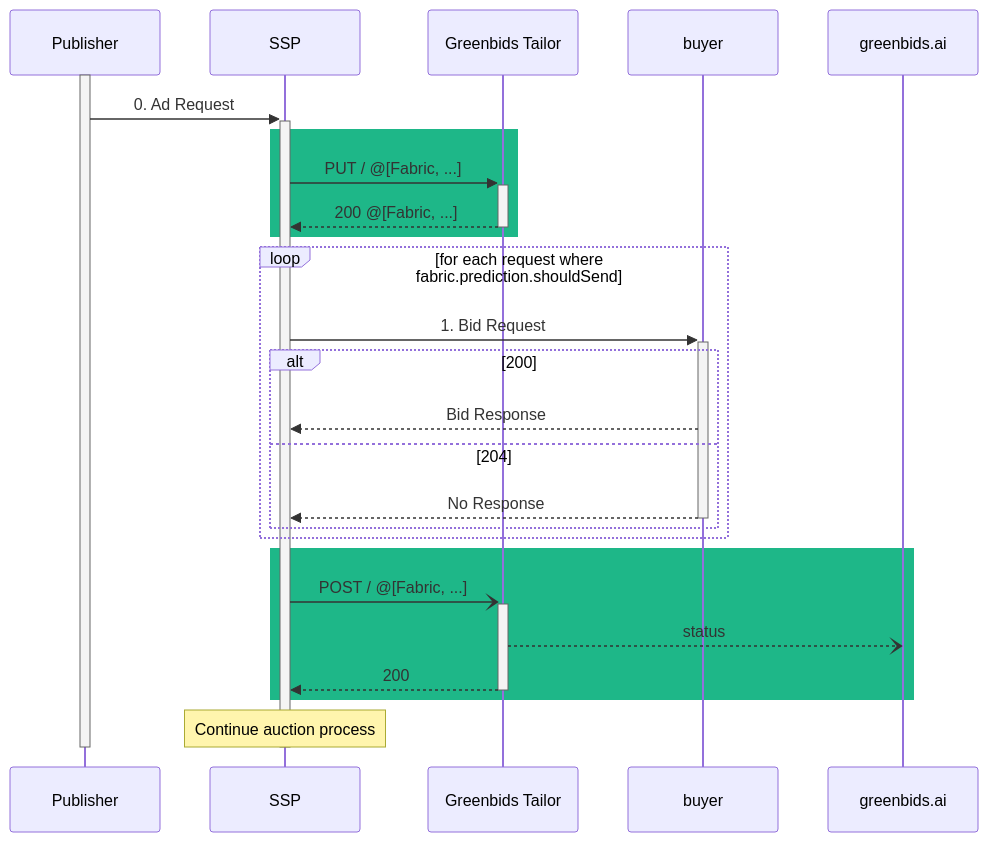
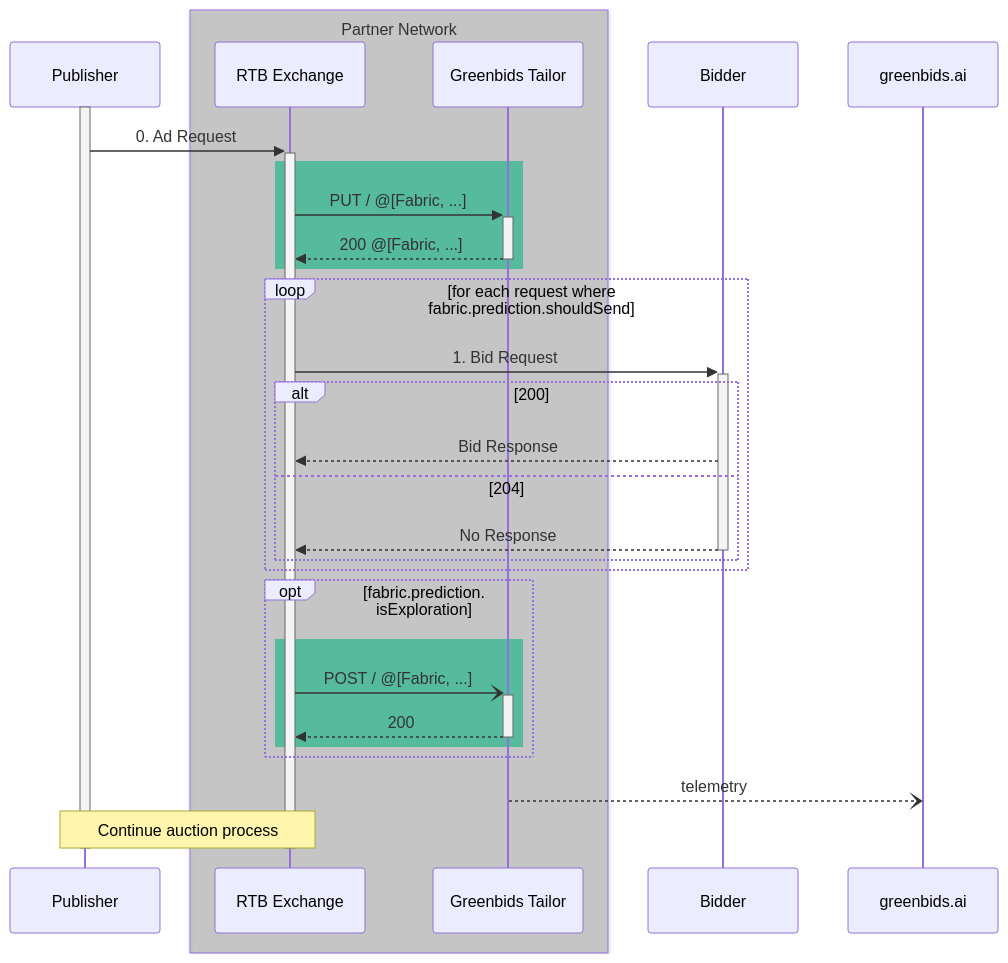
Before and after one commit to greenbids/greenbids-tailor-external: the diagram in README.md, drawn with Mermaid.

Commit message:
chore(readme): Highlight SSP/Tailor co-locality

````diff
--- a/README.md
+++ b/README.md
@@ -16,30 +16,38 @@
 ```mermaid
 sequenceDiagram
+    participant Publisher
     activate Publisher
+
+    box rgba(128, 128, 128, 0.33) Partner Network
+        participant SSP as RTB Exchange
+        participant GB as Greenbids Tailor
+    end
+
     Publisher ->>+ SSP: 0. Ad Request
 
-    participant GB as Greenbids Tailor
-    rect rgb(30, 183, 136)
+    rect rgba(30, 183, 136, 0.66)
     SSP ->>+ GB: PUT / @[Fabric, ...]
     GB -->>- SSP: 200 @[Fabric, ...]
     end
 
     loop for each request where fabric.prediction.shouldSend
-        SSP ->>+ buyer: 1. Bid Request
+        SSP ->>+ Bidder : 1. Bid Request
         alt 200
-        buyer -->> SSP: Bid Response
+        Bidder -->> SSP: Bid Response
         else 204
-        buyer -->>- SSP: No Response
+        Bidder -->>- SSP: No Response
         end
     end
 
-    rect rgb(30, 183, 136)
-    SSP -)+ GB: POST / @[Fabric, ...]
-    GB --) greenbids.ai: status
-    GB -->>- SSP: 200
+    opt fabric.prediction.<br>isExploration
+        rect rgba(30, 183, 136, 0.66)
+            SSP -)+ GB: POST / @[Fabric, ...]
+            GB -->>- SSP: 200
+        end
     end
+    GB --) greenbids.ai: telemetry
 
-    note over SSP: Continue auction process
+    note over Publisher,SSP: Continue auction process
     deactivate SSP
     deactivate Publisher
 ```
````
